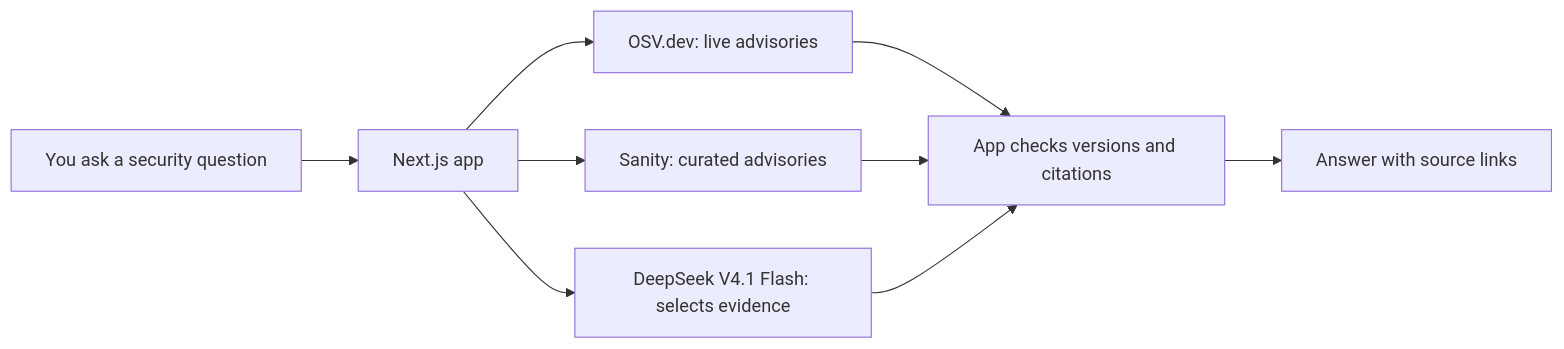
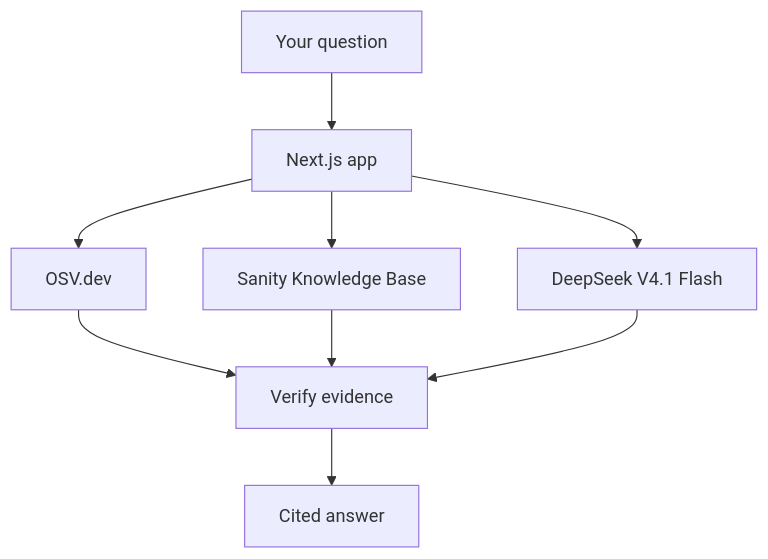
One commit to romilp619/ai-security-advisory-assistant changed the diagram in README.md. Above: the diagram before and after it, drawn with Mermaid.

Commit message:
Shorten architecture diagram labels

````diff
--- a/README.md
+++ b/README.md
@@ -93,11 +93,11 @@
 ```mermaid
-flowchart LR
-  User["You ask a security question"] --> App["Next.js app"]
-  App --> Live["OSV.dev: live advisories"]
-  App --> Curated["Sanity: curated advisories"]
-  App --> Model["DeepSeek V4.1 Flash: selects evidence"]
-  Live --> Check["App checks versions and citations"]
+flowchart TB
+  User["Your question"] --> App["Next.js app"]
+  App --> Live["OSV.dev"]
+  App --> Curated["Sanity Knowledge Base"]
+  App --> Model["DeepSeek V4.1 Flash"]
+  Live --> Check["Verify evidence"]
   Curated --> Check
   Model --> Check
-  Check --> Answer["Answer with source links"]
+  Check --> Answer["Cited answer"]
 ```
````
